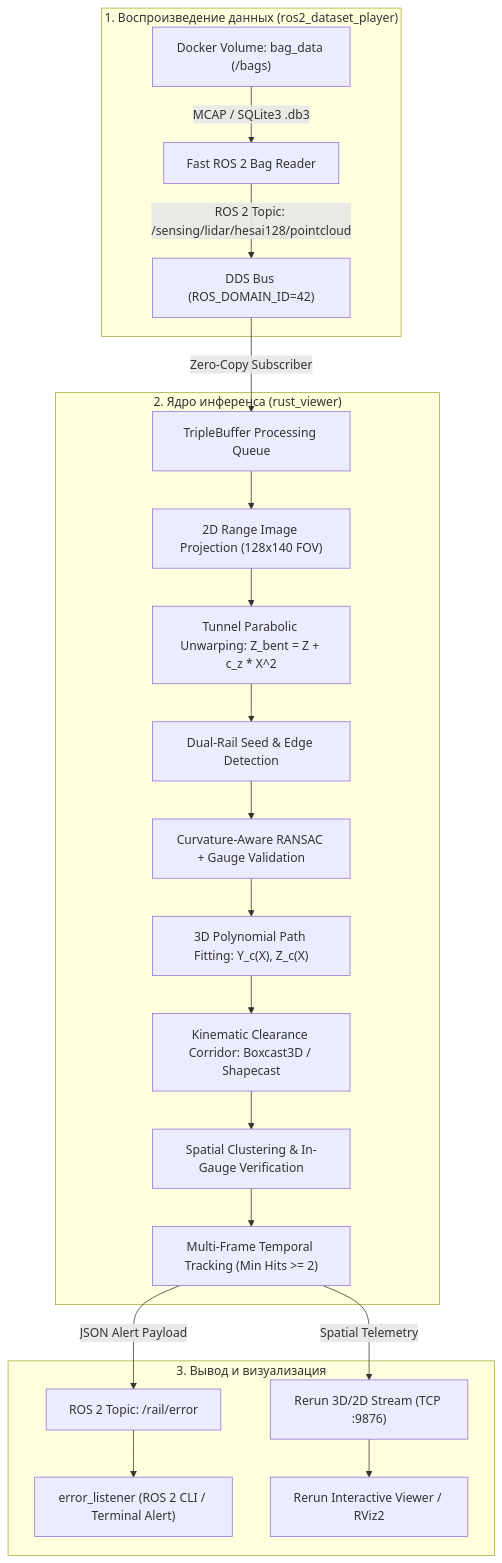
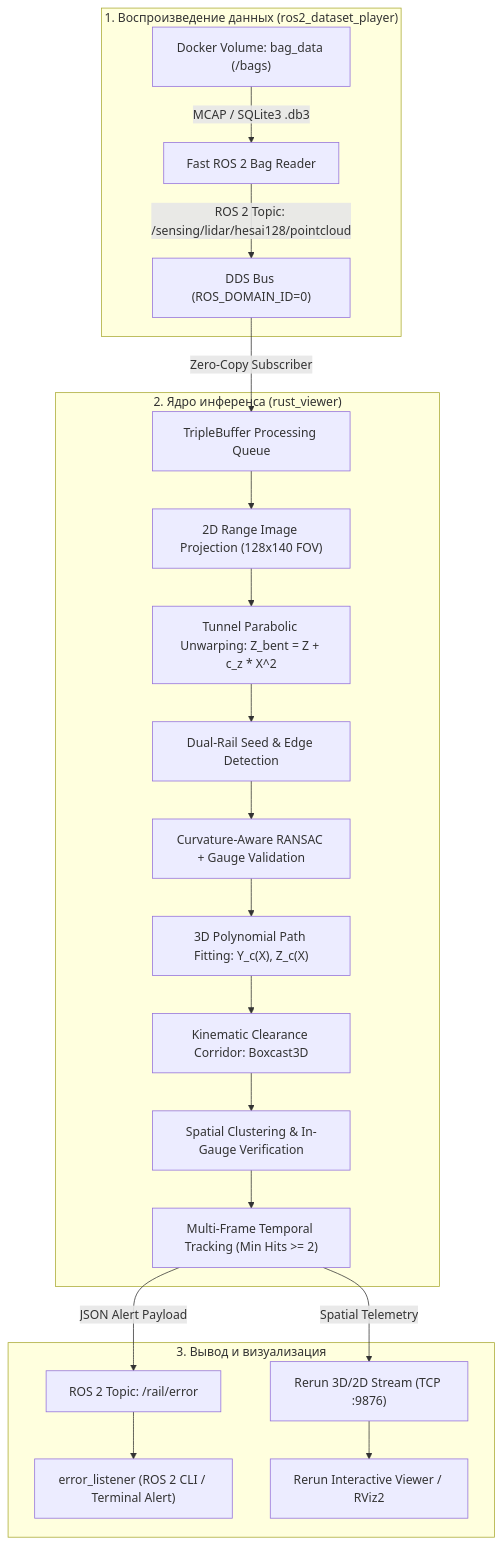
The diagram in readme.md (FoxStudiosTeam/LDT-2026), drawn with Mermaid before and after one commit. The commit also changed other lines of this file, not shown here.

````diff
--- a/readme.md
+++ b/readme.md
@@ -63,26 +44,26 @@
-```mermaid
+```mermaid 
 flowchart TD
     subgraph DataModule ["1. Воспроизведение данных (ros2_dataset_player)"]
         A1["Docker Volume: bag_data (/bags)"] -->|MCAP / SQLite3 .db3| A2["Fast ROS 2 Bag Reader"]
-        A2 -->|ROS 2 Topic: /sensing/lidar/hesai128/pointcloud| B["DDS Bus (ROS_DOMAIN_ID=42)"]
+        A2 -->|ROS 2 Topic: /sensing/lidar/hesai128/pointcloud| B["DDS Bus (ROS_DOMAIN_ID=0)"]
     end
 
     subgraph CoreEngine ["2. Ядро инференса (rust_viewer)"]
         B -->|Zero-Copy Subscriber| C["TripleBuffer Processing Queue"]
         C --> D["2D Range Image Projection (128x140 FOV)"]
         D --> E["Tunnel Parabolic Unwarping: Z_bent = Z + c_z * X^2"]
         E --> F["Dual-Rail Seed & Edge Detection"]
         F --> G["Curvature-Aware RANSAC + Gauge Validation"]
         G --> H["3D Polynomial Path Fitting: Y_c(X), Z_c(X)"]
-        H --> I["Kinematic Clearance Corridor: Boxcast3D / Shapecast"]
+        H --> I["Kinematic Clearance Corridor: Boxcast3D"]
         I --> J["Spatial Clustering & In-Gauge Verification"]
         J --> K["Multi-Frame Temporal Tracking (Min Hits >= 2)"]
     end
 
     subgraph Presentation ["3. Вывод и визуализация"]
         K -->|JSON Alert Payload| L["ROS 2 Topic: /rail/error"]
         K -->|Spatial Telemetry| M["Rerun 3D/2D Stream (TCP :9876)"]
         L --> N["error_listener (ROS 2 CLI / Terminal Alert)"]
         M --> O["Rerun Interactive Viewer / RViz2"]
     end
 ```
````
